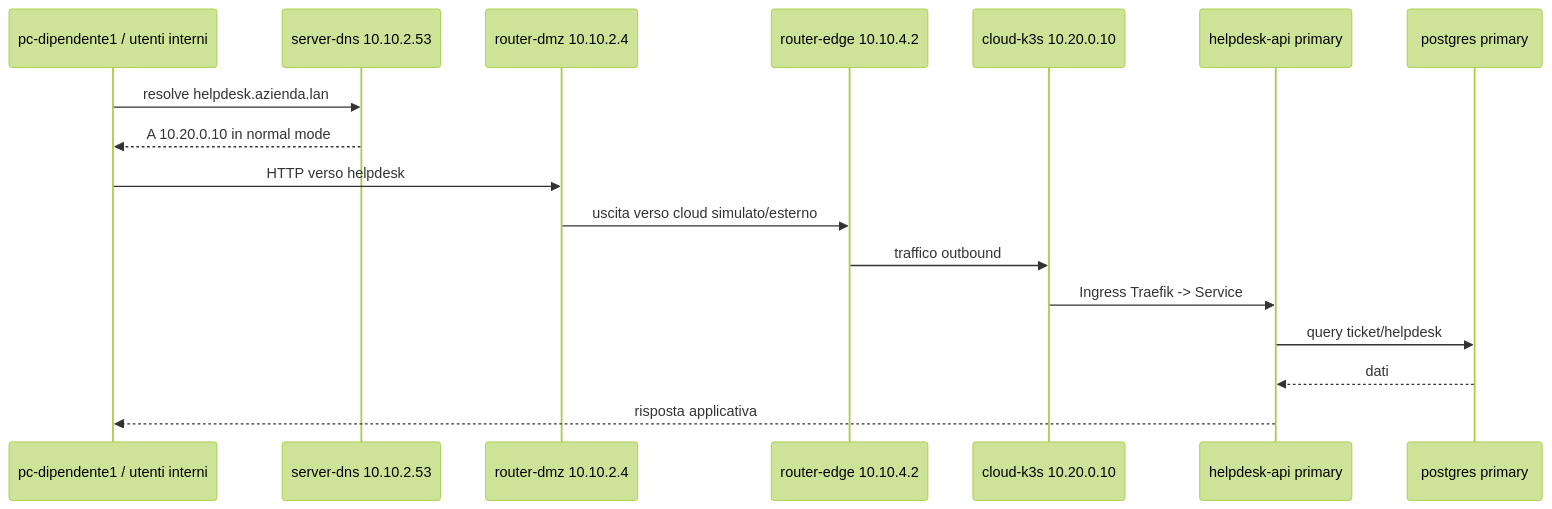
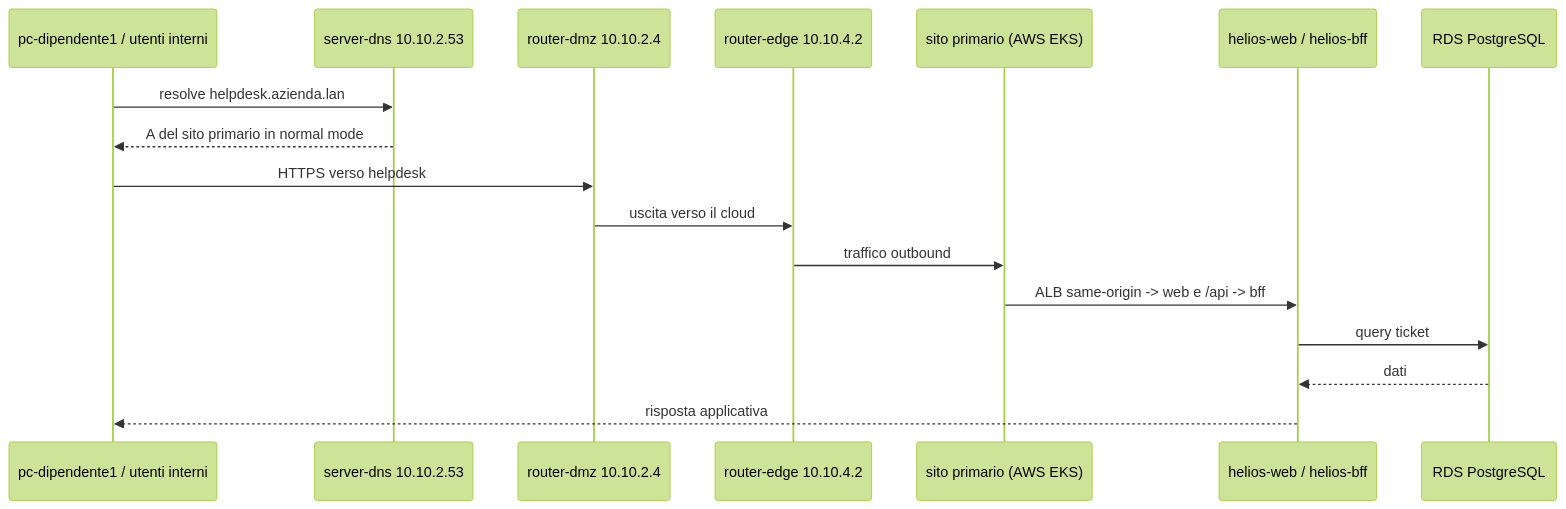
One commit to LucaCatalano23/MultiCloud-strategy---Reverse-DR changed the third of 4 diagrams in automazione/topologia-progetto.md. Above: the diagram before and after it, drawn with Mermaid (forest theme). The commit also changed other lines of this file and 73 other files, not shown here.

````diff
--- a/automazione/topologia-progetto.md
+++ b/automazione/topologia-progetto.md
@@ -139,20 +142,20 @@
 ```mermaid
 sequenceDiagram
   participant Client as pc-dipendente1 / utenti interni
   participant DNS as server-dns 10.10.2.53
   participant DMZ as router-dmz 10.10.2.4
   participant Edge as router-edge 10.10.4.2
-  participant Cloud as cloud-k3s 10.20.0.10
-  participant App as helpdesk-api primary
-  participant DB as postgres primary
+  participant Cloud as sito primario (AWS EKS)
+  participant App as helios-web / helios-bff
+  participant DB as RDS PostgreSQL
 
   Client->>DNS: resolve helpdesk.azienda.lan
-  DNS-->>Client: A 10.20.0.10 in normal mode
-  Client->>DMZ: HTTP verso helpdesk
-  DMZ->>Edge: uscita verso cloud simulato/esterno
+  DNS-->>Client: A del sito primario in normal mode
+  Client->>DMZ: HTTPS verso helpdesk
+  DMZ->>Edge: uscita verso il cloud
   Edge->>Cloud: traffico outbound
-  Cloud->>App: Ingress Traefik -> Service
-  App->>DB: query ticket/helpdesk
+  Cloud->>App: ALB same-origin -> web e /api -> bff
+  App->>DB: query ticket
   DB-->>App: dati
   App-->>Client: risposta applicativa
 ```
````
